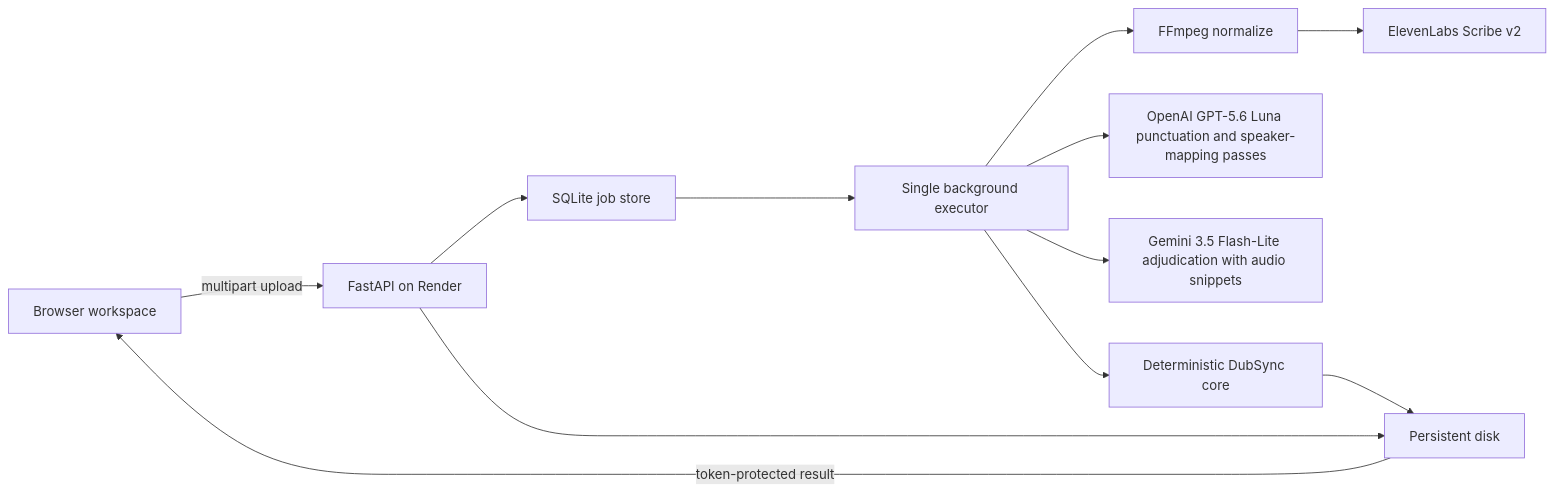
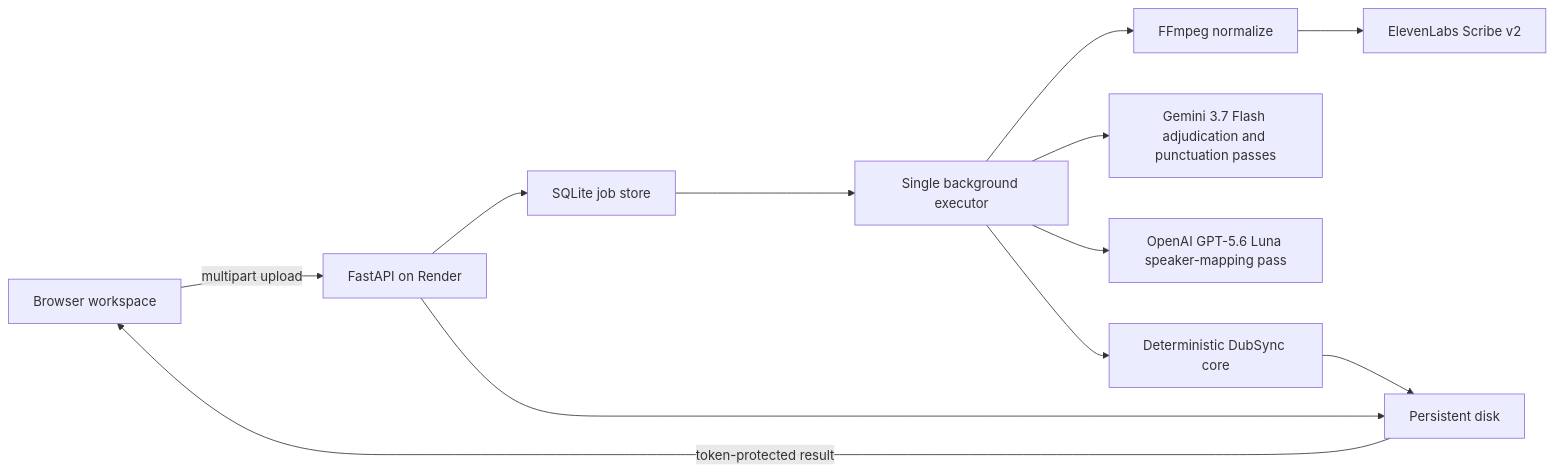
One commit to feelinglocal/DubSync changed the diagram in docs/COMMERCIAL_PLAN.md. Above: the diagram before and after it, drawn with Mermaid. The commit also changed other lines of this file and 28 other files, not shown here.

````diff
--- a/docs/COMMERCIAL_PLAN.md
+++ b/docs/COMMERCIAL_PLAN.md
@@ -62,14 +62,14 @@
 ```mermaid
 flowchart LR
     B["Browser workspace"] -->|"multipart upload"| A["FastAPI on Render"]
     A --> J["SQLite job store"]
     A --> D["Persistent disk"]
     J --> W["Single background executor"]
     W --> F["FFmpeg normalize"]
     F --> E["ElevenLabs Scribe v2"]
-    W --> G["OpenAI GPT-5.6 Luna punctuation and speaker-mapping passes"]
-    W --> H["Gemini 3.5 Flash-Lite adjudication with audio snippets"]
+    W --> G["Gemini 3.7 Flash adjudication and punctuation passes"]
+    W --> H["OpenAI GPT-5.6 Luna speaker-mapping pass"]
     W --> C["Deterministic DubSync core"]
     C --> D
     D -->|"token-protected result"| B
 ```
````
